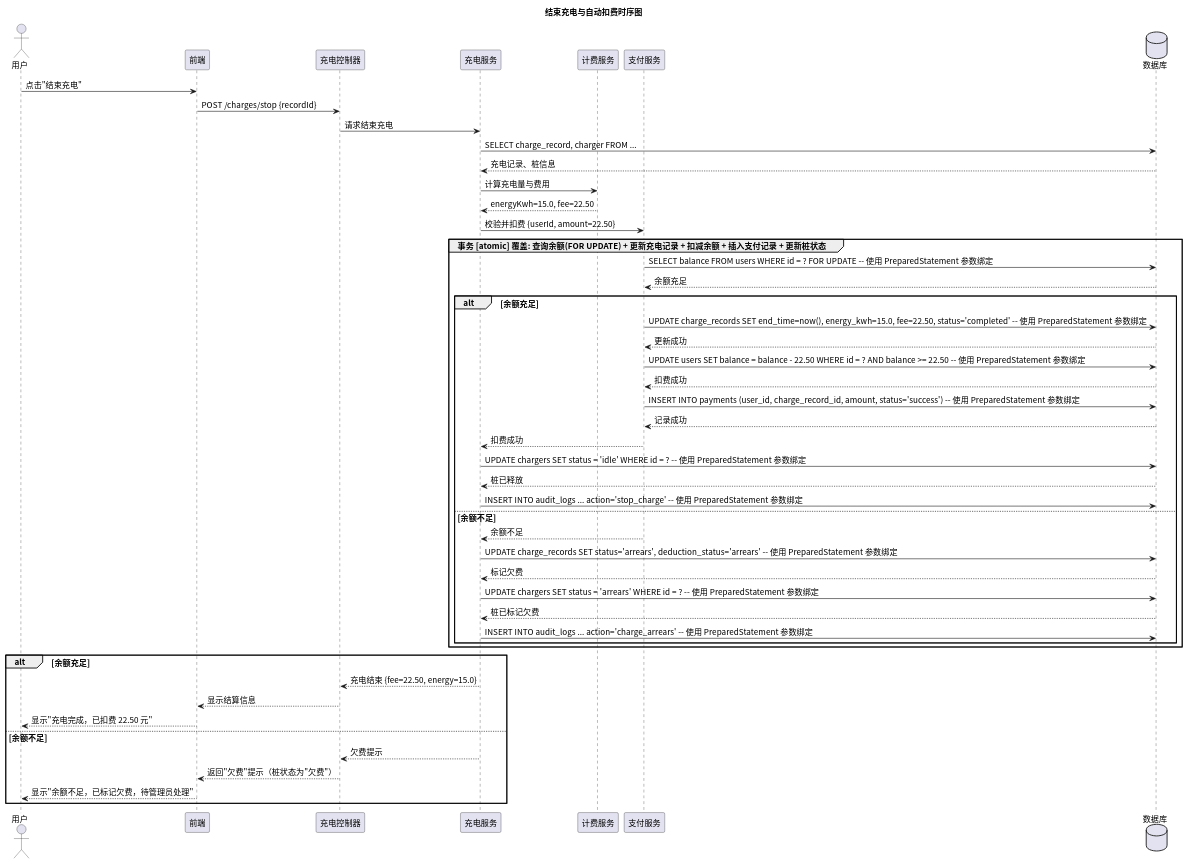
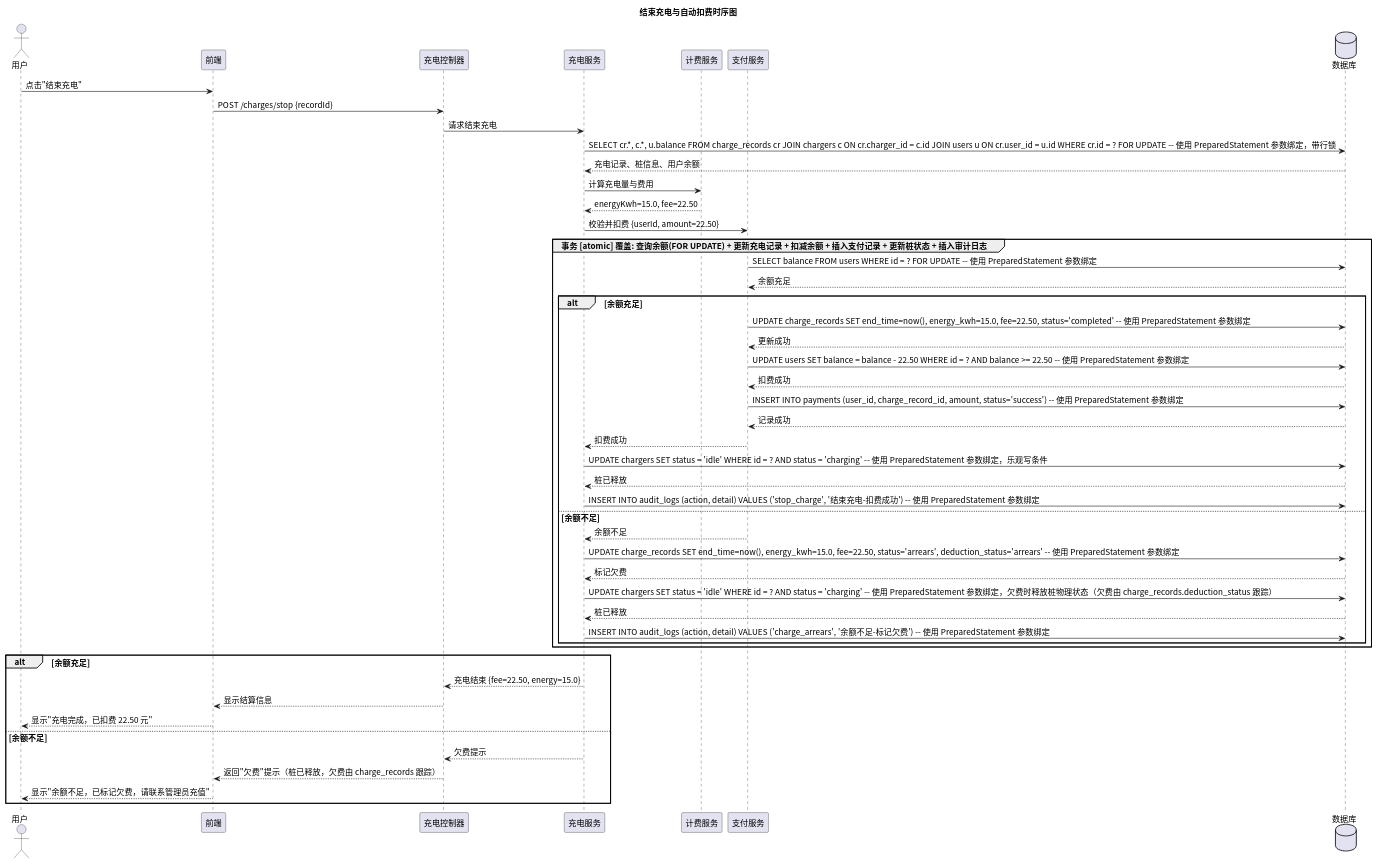
One commit to greenhandzdl/charging-station-doc changed the diagram in time/src/sequence_stop_charge.puml. Above: the diagram before and after it, drawn with PlantUML. The commit also changed 20 other files, not shown here.

Commit message:
fix: 架构审计修复收尾 — 类图Service层重构、新增统计用例、泳道重排、数据库并发控制

```diff
--- a/time/src/sequence_stop_charge.puml
+++ b/time/src/sequence_stop_charge.puml
@@ -1,69 +1,69 @@
 @startuml
 skinparam defaultFontName "Noto Sans CJK SC"
 skinparam defaultFontSize 14
 title 结束充电与自动扣费时序图
 
 ' 所有 SQL 操作使用 PreparedStatement 参数绑定，禁止字符串拼接
 actor 用户 as U
 participant 前端 as FE
 participant 充电控制器 as Ctrl
 participant 充电服务 as Service
 participant 计费服务 as Bill
 participant 支付服务 as Pay
 database 数据库 as DB
 
 U -> FE: 点击"结束充电"
 FE -> Ctrl: POST /charges/stop {recordId}
 Ctrl -> Service: 请求结束充电
 
-Service -> DB: SELECT charge_record, charger FROM ...
-DB --> Service: 充电记录、桩信息
+Service -> DB: SELECT cr.*, c.*, u.balance FROM charge_records cr JOIN chargers c ON cr.charger_id = c.id JOIN users u ON cr.user_id = u.id WHERE cr.id = ? FOR UPDATE -- 使用 PreparedStatement 参数绑定，带行锁
+DB --> Service: 充电记录、桩信息、用户余额
 
 Service -> Bill: 计算充电量与费用
 Bill --> Service: energyKwh=15.0, fee=22.50
 
 Service -> Pay: 校验并扣费 {userId, amount=22.50}
 
-group 事务 [atomic] 覆盖: 查询余额(FOR UPDATE) + 更新充电记录 + 扣减余额 + 插入支付记录 + 更新桩状态
+group 事务 [atomic] 覆盖: 查询余额(FOR UPDATE) + 更新充电记录 + 扣减余额 + 插入支付记录 + 更新桩状态 + 插入审计日志
   Pay -> DB: SELECT balance FROM users WHERE id = ? FOR UPDATE -- 使用 PreparedStatement 参数绑定
   DB --> Pay: 余额充足
 
   alt 余额充足
     Pay -> DB: UPDATE charge_records SET end_time=now(), energy_kwh=15.0, fee=22.50, status='completed' -- 使用 PreparedStatement 参数绑定
     DB --> Pay: 更新成功
 
     Pay -> DB: UPDATE users SET balance = balance - 22.50 WHERE id = ? AND balance >= 22.50 -- 使用 PreparedStatement 参数绑定
     DB --> Pay: 扣费成功
 
     Pay -> DB: INSERT INTO payments (user_id, charge_record_id, amount, status='success') -- 使用 PreparedStatement 参数绑定
     DB --> Pay: 记录成功
 
     Pay --> Service: 扣费成功
 
-    Service -> DB: UPDATE chargers SET status = 'idle' WHERE id = ? -- 使用 PreparedStatement 参数绑定
+    Service -> DB: UPDATE chargers SET status = 'idle' WHERE id = ? AND status = 'charging' -- 使用 PreparedStatement 参数绑定，乐观写条件
     DB --> Service: 桩已释放
 
-    Service -> DB: INSERT INTO audit_logs ... action='stop_charge' -- 使用 PreparedStatement 参数绑定
+    Service -> DB: INSERT INTO audit_logs (action, detail) VALUES ('stop_charge', '结束充电-扣费成功') -- 使用 PreparedStatement 参数绑定
   else 余额不足
     Pay --> Service: 余额不足
 
-    Service -> DB: UPDATE charge_records SET status='arrears', deduction_status='arrears' -- 使用 PreparedStatement 参数绑定
+    Service -> DB: UPDATE charge_records SET end_time=now(), energy_kwh=15.0, fee=22.50, status='arrears', deduction_status='arrears' -- 使用 PreparedStatement 参数绑定
     DB --> Service: 标记欠费
 
-    Service -> DB: UPDATE chargers SET status = 'arrears' WHERE id = ? -- 使用 PreparedStatement 参数绑定
-    DB --> Service: 桩已标记欠费
+    Service -> DB: UPDATE chargers SET status = 'idle' WHERE id = ? AND status = 'charging' -- 使用 PreparedStatement 参数绑定，欠费时释放桩物理状态（欠费由 charge_records.deduction_status 跟踪）
+    DB --> Service: 桩已释放
 
-    Service -> DB: INSERT INTO audit_logs ... action='charge_arrears' -- 使用 PreparedStatement 参数绑定
+    Service -> DB: INSERT INTO audit_logs (action, detail) VALUES ('charge_arrears', '余额不足-标记欠费') -- 使用 PreparedStatement 参数绑定
   end
 end
 
 alt 余额充足
   Service --> Ctrl: 充电结束 {fee=22.50, energy=15.0}
   Ctrl --> FE: 显示结算信息
   FE --> U: 显示"充电完成，已扣费 22.50 元"
 else 余额不足
   Service --> Ctrl: 欠费提示
-  Ctrl --> FE: 返回"欠费"提示（桩状态为"欠费"）
-  FE --> U: 显示"余额不足，已标记欠费，待管理员处理"
+  Ctrl --> FE: 返回"欠费"提示（桩已释放，欠费由 charge_records 跟踪）
+  FE --> U: 显示"余额不足，已标记欠费，请联系管理员充值"
 end
 @enduml
```
